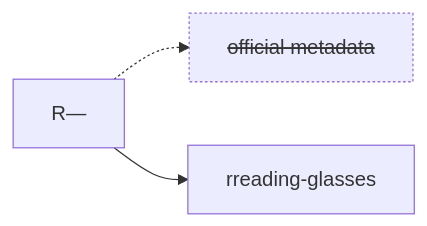
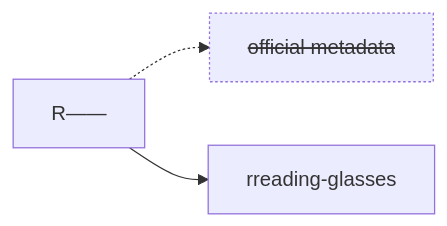
Before and after one commit to crazyuploader/rreading-glasses: the diagram in README.md, drawn with Mermaid. The commit also changed other lines of this file and 2 other files, not shown here.

````diff
--- a/README.md
+++ b/README.md
@@ -20,8 +20,8 @@
 ```mermaid
 graph LR;
-    R[R—]-.->M[official metadata];
+    R[R——]-.->M[official metadata];
     R-->rreading-glasses;
 
     classDef dotted stroke-dasharray:2,text-decoration:line-through;
     class M dotted;
 ```
````
